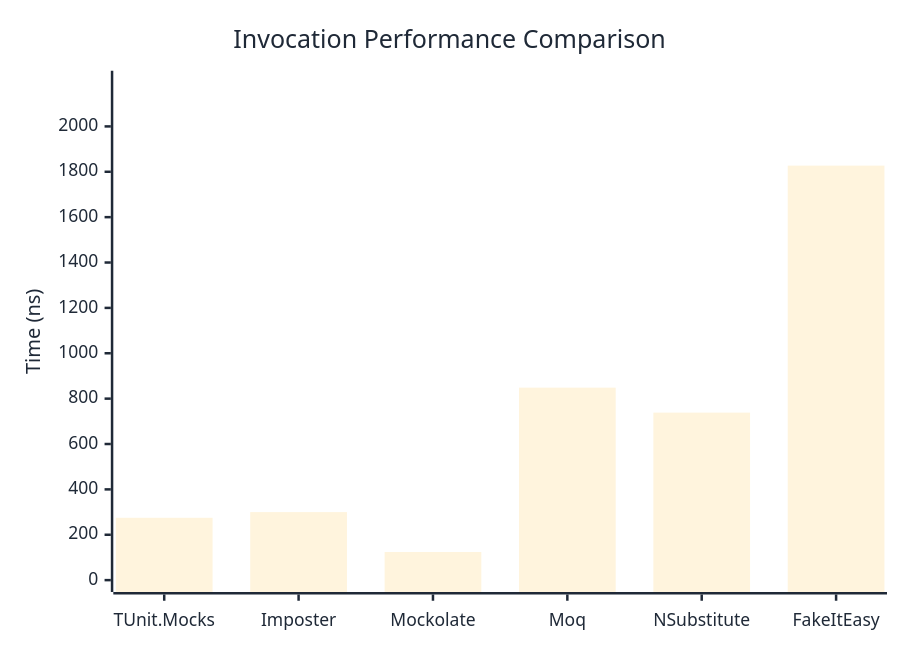
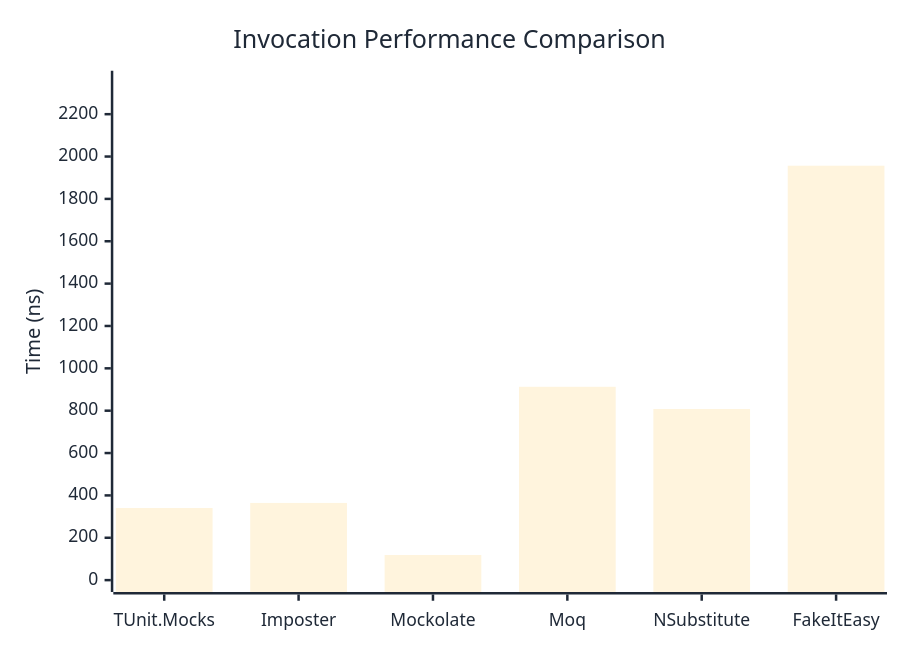
The first of 3 diagrams in docs/docs/benchmarks/mocks/Invocation.md (thomhurst/TUnit), drawn with Mermaid before and after one commit. The commit also changed other lines of this file and 14 other files, not shown here.

````diff
--- a/docs/docs/benchmarks/mocks/Invocation.md
+++ b/docs/docs/benchmarks/mocks/Invocation.md
@@ -30,27 +30,27 @@
 ```mermaid
 %%{init: {
   'theme':'base',
   'themeVariables': {
     'primaryColor': '#2563eb',
     'primaryTextColor': '#1f2937',
     'primaryBorderColor': '#1e40af',
     'lineColor': '#6b7280',
     'secondaryColor': '#7c3aed',
     'tertiaryColor': '#dc2626',
     'background': '#ffffff',
     'pie1': '#2563eb',
     'pie2': '#7c3aed',
     'pie3': '#dc2626',
     'pie4': '#f59e0b',
     'pie5': '#10b981',
     'pie6': '#06b6d4',
     'pie7': '#ec4899',
     'pie8': '#6366f1'
   }
 }}%%
 xychart-beta
   title "Invocation Performance Comparison"
   x-axis ["TUnit.Mocks", "Imposter", "Mockolate", "Moq", "NSubstitute", "FakeItEasy"]
-  y-axis "Time (ns)" 0 --> 2193
-  bar [274.8, 299.9, 124, 848.4, 738.4, 1827.2]
+  y-axis "Time (ns)" 0 --> 2349
+  bar [340.6, 364.5, 118.5, 912.9, 808, 1956.8]
 ```
````
